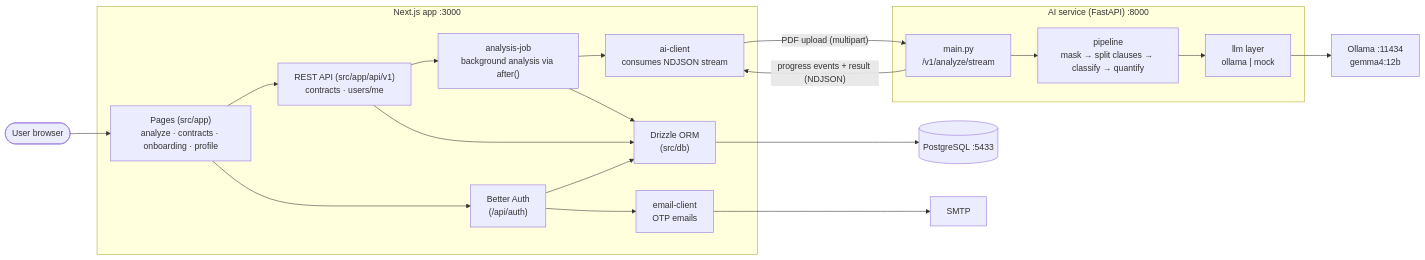
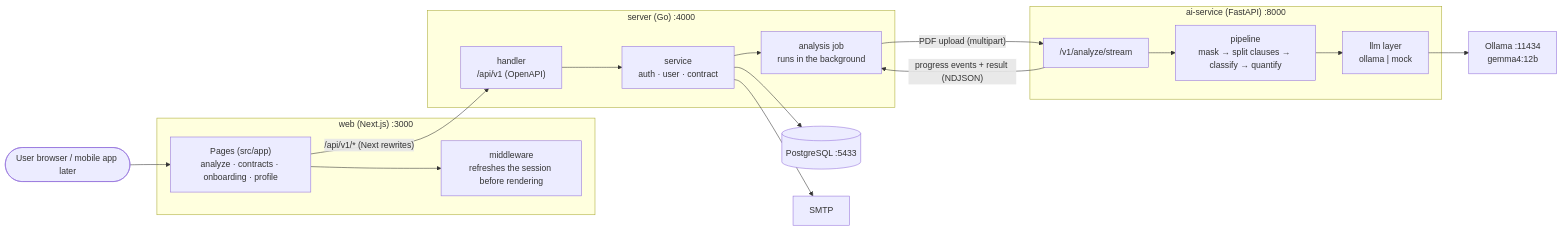
The first of 2 diagrams in README.md (CleanSign/cleansign), drawn with Mermaid before and after one commit. The commit also changed other lines of this file and 172 other files, not shown here.

````diff
--- a/README.md
+++ b/README.md
@@ -20,41 +21,38 @@
 ```mermaid
 flowchart LR
-    User([User browser])
+    User([User browser / mobile app later])
 
-    subgraph App["Next.js app :3000"]
+    subgraph Web["web (Next.js) :3000"]
         UI["Pages (src/app)<br/>analyze · contracts · onboarding · profile"]
-        API["REST API (src/app/api/v1)<br/>contracts · users/me"]
-        Auth["Better Auth<br/>(/api/auth)"]
-        Job["analysis-job<br/>background analysis via after()"]
-        Client["ai-client<br/>consumes NDJSON stream"]
-        Mail["email-client<br/>OTP emails"]
-        Drizzle["Drizzle ORM<br/>(src/db)"]
+        MW["middleware<br/>refreshes the session before rendering"]
     end
 
-    subgraph AI["AI service (FastAPI) :8000"]
-        Main["main.py<br/>/v1/analyze/stream"]
+    subgraph Server["server (Go) :4000"]
+        Handler["handler<br/>/api/v1 (OpenAPI)"]
+        Service["service<br/>auth · user · contract"]
+        Job["analysis job<br/>runs in the background"]
+    end
+
+    subgraph AI["ai-service (FastAPI) :8000"]
+        Main["/v1/analyze/stream"]
         Pipe["pipeline<br/>mask → split clauses → classify → quantify"]
         LLM["llm layer<br/>ollama | mock"]
     end
 
     DB[("PostgreSQL :5433")]
     Ollama["Ollama :11434<br/>gemma4:12b"]
     SMTP["SMTP"]
 
     User --> UI
-    UI --> API
-    UI --> Auth
-    API --> Job
-    Job --> Client
-    Client -- "PDF upload (multipart)" --> Main
-    Main -- "progress events + result (NDJSON)" --> Client
+    UI --> MW
+    UI -- "/api/v1/* (Next rewrites)" --> Handler
+    Handler --> Service
+    Service --> Job
+    Job -- "PDF upload (multipart)" --> Main
+    Main -- "progress events + result (NDJSON)" --> Job
     Main --> Pipe
     Pipe --> LLM
     LLM --> Ollama
-    API --> Drizzle
-    Job --> Drizzle
-    Auth --> Drizzle
-    Drizzle --> DB
-    Auth --> Mail
-    Mail --> SMTP
+    Service --> DB
+    Service --> SMTP
 ```
````
